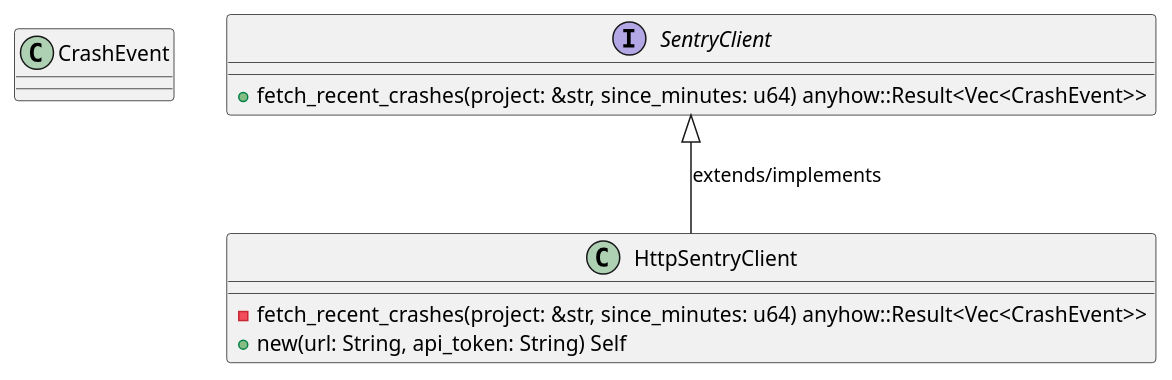
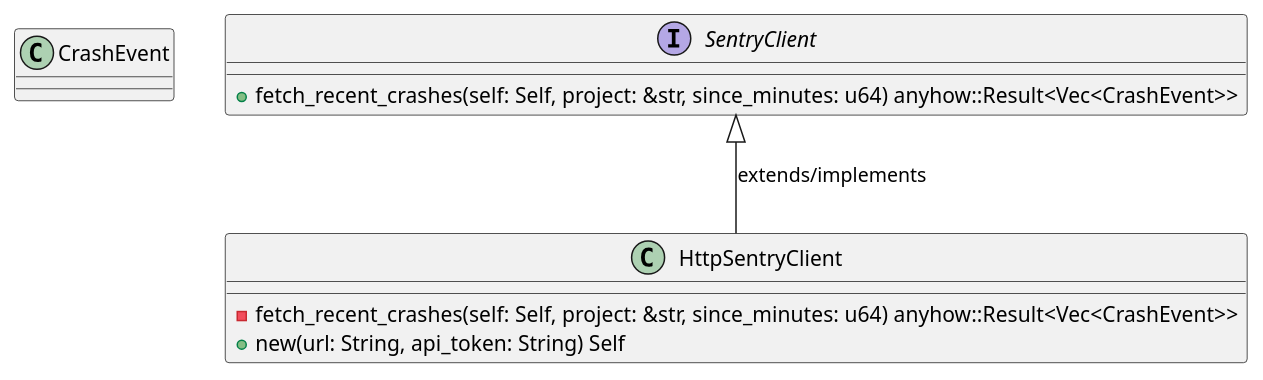
The first of 6 diagrams in openwiki/crates_factory_infrastructure_src_sentry.md (lgcorzo/rust_CACD_autonomous_factory), drawn with PlantUML before and after one commit. The commit also changed other lines of this file and 95 other files, not shown here.

````diff
--- a/openwiki/crates_factory_infrastructure_src_sentry.md
+++ b/openwiki/crates_factory_infrastructure_src_sentry.md
@@ -154,15 +155,15 @@
 ```plantuml
 @startuml
 class CrashEvent {
 }
 class HttpSentryClient {
-    -fetch_recent_crashes(project: &str, since_minutes: u64) anyhow::Result<Vec<CrashEvent>>
+    -fetch_recent_crashes(self: Self, project: &str, since_minutes: u64) anyhow::Result<Vec<CrashEvent>>
     +new(url: String, api_token: String) Self
 }
 SentryClient <|-- HttpSentryClient : extends/implements
 interface SentryClient {
-    +fetch_recent_crashes(project: &str, since_minutes: u64) anyhow::Result<Vec<CrashEvent>>
+    +fetch_recent_crashes(self: Self, project: &str, since_minutes: u64) anyhow::Result<Vec<CrashEvent>>
 }
 @enduml
 
 ```
````
